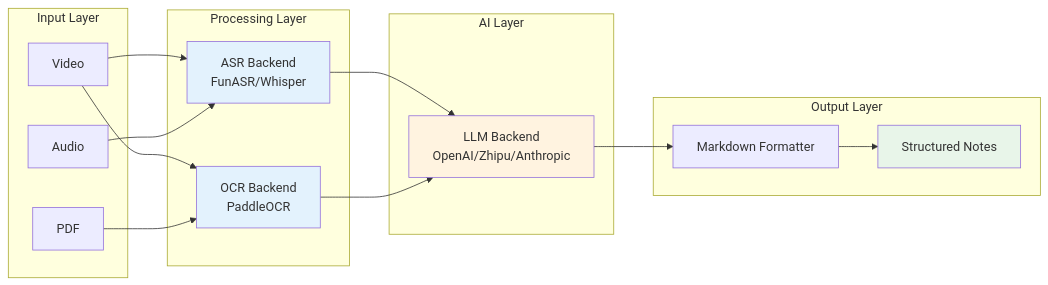
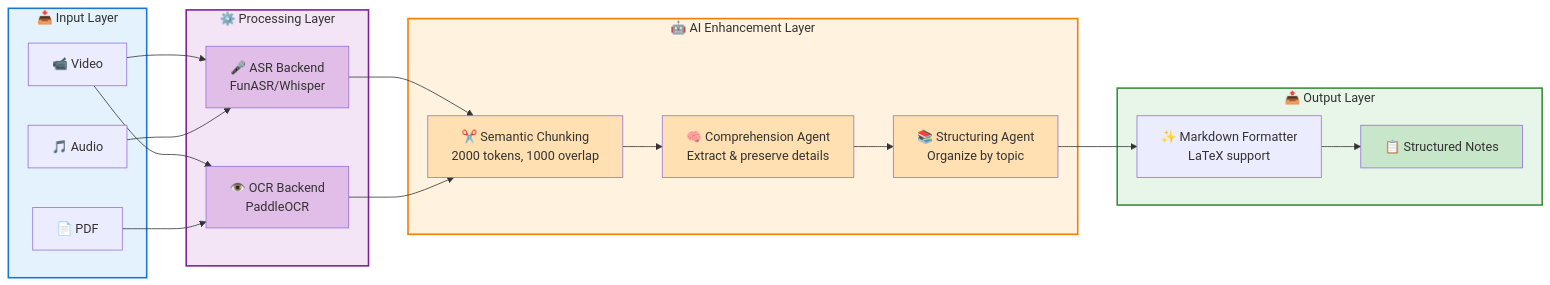
Before and after one commit to 0xarcher/notely: the diagram in docs/images/architecture.mmd, drawn with Mermaid. The commit also changed 50 other files, not shown here.

```diff
--- a/docs/images/architecture.mmd
+++ b/docs/images/architecture.mmd
@@ -1,36 +1,47 @@
 graph LR
-    subgraph Input Layer
-        V[Video]
-        A[Audio]
-        P[PDF]
+    subgraph Input["📥 Input Layer"]
+        V[📹 Video]
+        A[🎵 Audio]
+        P[📄 PDF]
     end
 
-    subgraph Processing Layer
-        ASR[ASR Backend<br/>FunASR/Whisper]
-        OCR[OCR Backend<br/>PaddleOCR]
+    subgraph Processing["⚙️ Processing Layer"]
+        ASR[🎤 ASR Backend<br/>FunASR/Whisper]
+        OCR[👁️ OCR Backend<br/>PaddleOCR]
     end
 
-    subgraph AI Layer
-        LLM[LLM Backend<br/>OpenAI/Zhipu/Anthropic]
+    subgraph AI["🤖 AI Enhancement Layer"]
+        CHUNK[✂️ Semantic Chunking<br/>2000 tokens, 1000 overlap]
+        COMP[🧠 Comprehension Agent<br/>Extract & preserve details]
+        STRUCT[📚 Structuring Agent<br/>Organize by topic]
     end
 
-    subgraph Output Layer
-        F[Markdown Formatter]
-        O[Structured Notes]
+    subgraph Output["📤 Output Layer"]
+        F[✨ Markdown Formatter<br/>LaTeX support]
+        O[📋 Structured Notes]
     end
 
     V --> ASR
     A --> ASR
     V --> OCR
     P --> OCR
 
-    ASR --> LLM
-    OCR --> LLM
+    ASR --> CHUNK
+    OCR --> CHUNK
 
-    LLM --> F
+    CHUNK --> COMP
+    COMP --> STRUCT
+    STRUCT --> F
     F --> O
 
-    style ASR fill:#e3f2fd
-    style OCR fill:#e3f2fd
-    style LLM fill:#fff3e0
-    style O fill:#e8f5e9
+    style Input fill:#e3f2fd,stroke:#1976d2,stroke-width:2px
+    style Processing fill:#f3e5f5,stroke:#7b1fa2,stroke-width:2px
+    style AI fill:#fff3e0,stroke:#f57c00,stroke-width:2px
+    style Output fill:#e8f5e9,stroke:#388e3c,stroke-width:2px
+
+    style ASR fill:#e1bee7
+    style OCR fill:#e1bee7
+    style CHUNK fill:#ffe0b2
+    style COMP fill:#ffe0b2
+    style STRUCT fill:#ffe0b2
+    style O fill:#c8e6c9
```
